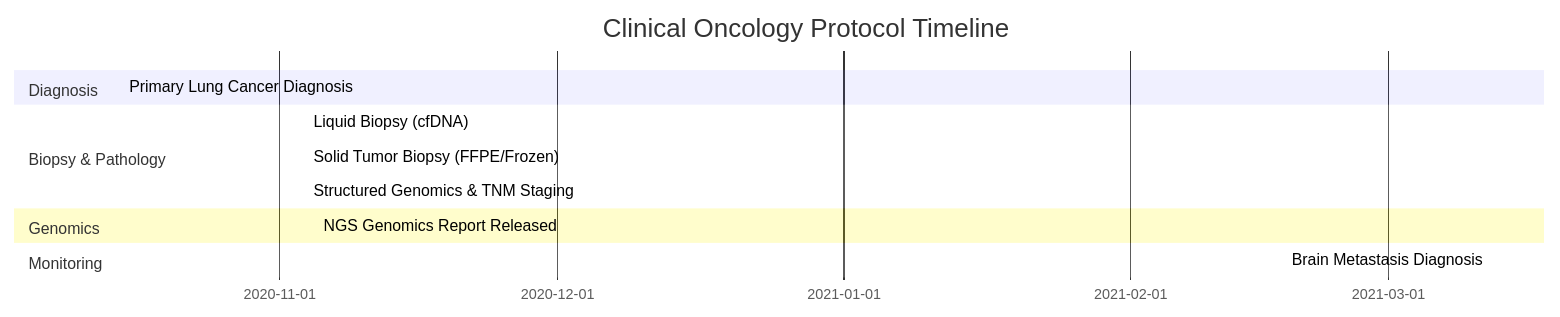
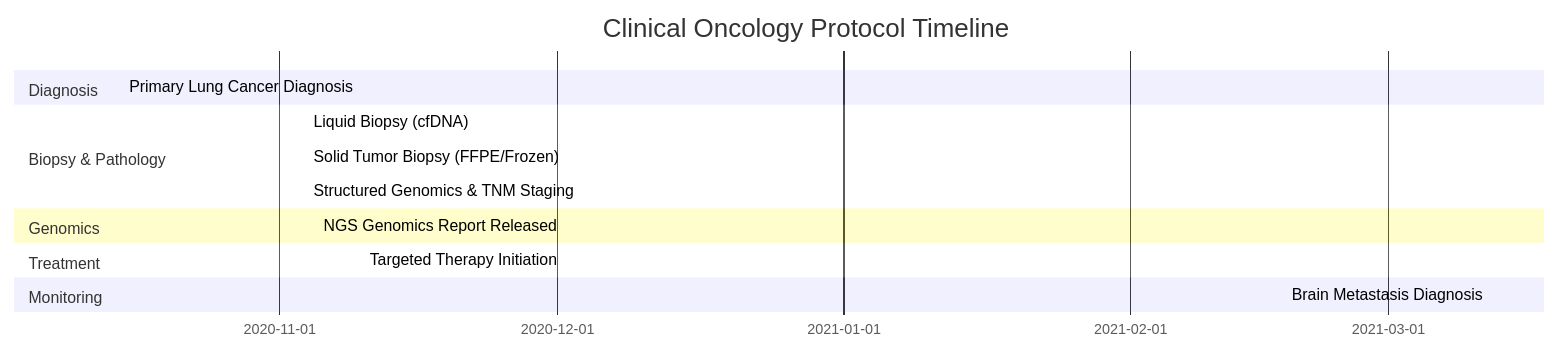
One commit to lampadephoros/fhir2omop changed the diagram in packs/specialty/oncology-ngs-biomarker/real-world-oncology-protocol.md. Above: the diagram before and after it, drawn with Mermaid. The commit also changed other lines of this file and 5 other files, not shown here.

Commit message:
[oncology-pack] docs: align README and clinical protocols with targeted therapy mappings

````diff
--- a/packs/specialty/oncology-ngs-biomarker/real-world-oncology-protocol.md
+++ b/packs/specialty/oncology-ngs-biomarker/real-world-oncology-protocol.md
@@ -19,15 +19,17 @@
 ```mermaid
 gantt
     title Clinical Oncology Protocol Timeline
     dateFormat  YYYY-MM-DD
     section Diagnosis
     Primary Lung Cancer Diagnosis     :active, cond1, 2020-10-15, 2020-10-15
     section Biopsy & Pathology
     Liquid Biopsy (cfDNA)             :active, spec1, 2020-11-04, 2020-11-04
     Solid Tumor Biopsy (FFPE/Frozen)  :active, spec2, 2020-11-04, 2020-11-04
     Structured Genomics & TNM Staging :active, obs, 2020-11-04, 2020-11-04
     section Genomics
     NGS Genomics Report Released      :active, dr, 2020-11-05, 2020-11-05
+    section Treatment
+    Targeted Therapy Initiation       :active, rx, 2020-11-10, 2020-11-10
     section Monitoring
     Brain Metastasis Diagnosis        :active, cond2, 2021-03-12, 2021-03-12
 ```
````
